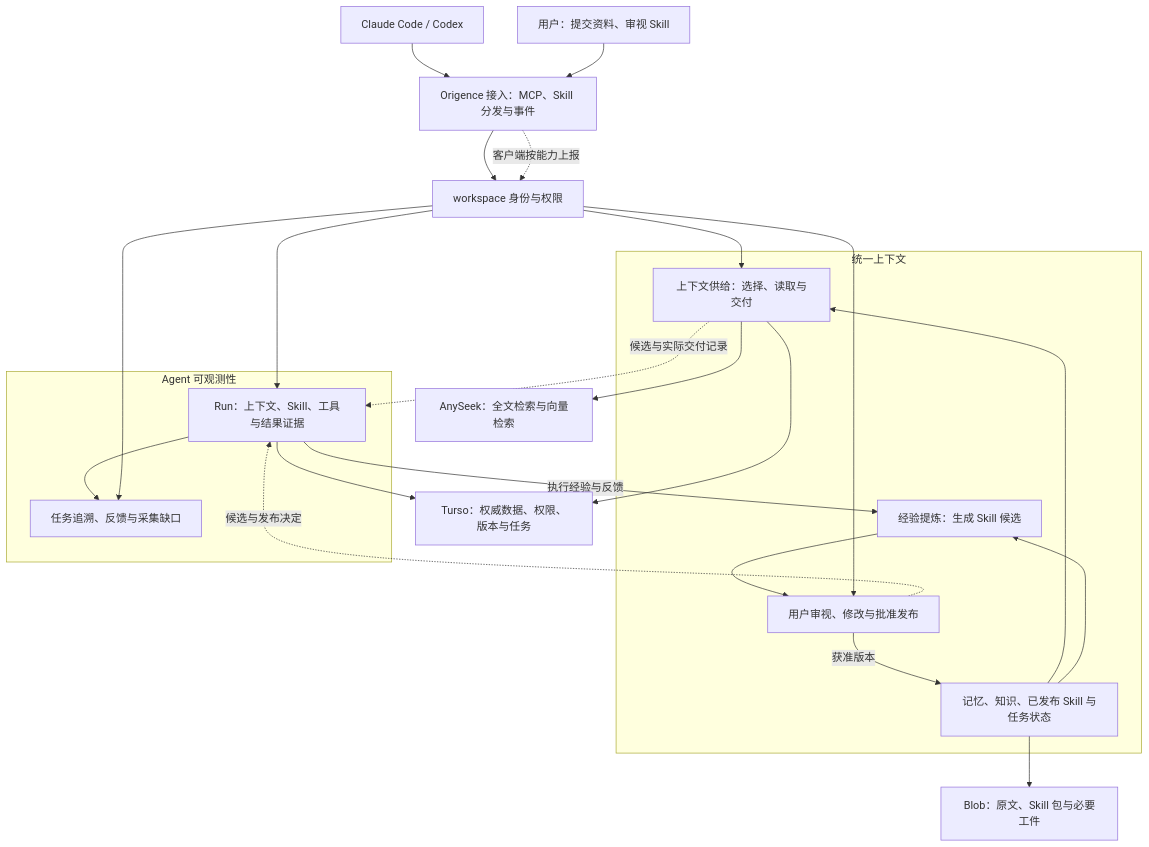
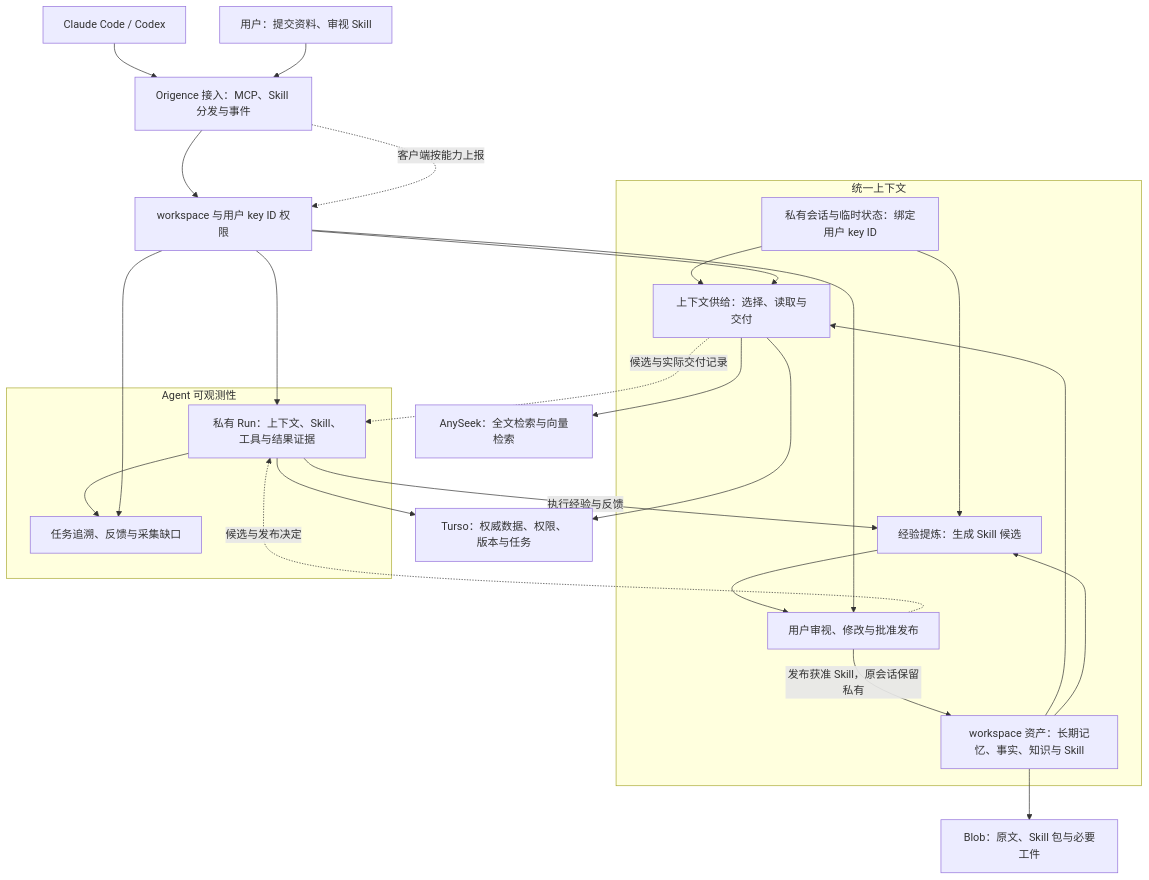
One commit to TheLudlows/Origence changed the first of 2 diagrams in docs/superpowers/specs/2026-11-16-agent-data-foundation-architecture.md. Above: the diagram before and after it, drawn with Mermaid. The commit also changed other lines of this file and 6 other files, not shown here.

Commit message:
docs: define key-private sessions and workspace-owned durable context assets

````diff
--- a/docs/superpowers/specs/2026-11-16-agent-data-foundation-architecture.md
+++ b/docs/superpowers/specs/2026-11-16-agent-data-foundation-architecture.md
@@ -26,33 +28,36 @@
 ```mermaid
 flowchart TB
     CLIENT[Claude Code / Codex] --> ACCESS[Origence 接入：MCP、Skill 分发与事件]
     USER[用户：提交资料、审视 Skill] --> ACCESS
-    ACCESS --> AUTH[workspace 身份与权限]
+    ACCESS --> AUTH[workspace 与用户 key ID 权限]
     subgraph CONTEXT[统一上下文]
-        ASSET[记忆、知识、已发布 Skill 与任务状态]
+        PRIVATE[私有会话与临时状态：绑定用户 key ID]
+        ASSET[workspace 资产：长期记忆、事实、知识与 Skill]
         SERVE[上下文供给：选择、读取与交付]
         LEARN[经验提炼：生成 Skill 候选]
         REVIEW[用户审视、修改与批准发布]
         ASSET --> SERVE
         ASSET --> LEARN
+        PRIVATE --> SERVE
+        PRIVATE --> LEARN
         LEARN --> REVIEW
-        REVIEW -->|获准版本| ASSET
+        REVIEW -->|发布获准 Skill，原会话保留私有| ASSET
     end
     AUTH --> SERVE
     AUTH --> REVIEW
     SERVE --> SEARCH[AnySeek：全文检索与向量检索]
     SERVE --> STORE[Turso：权威数据、权限、版本与任务]
     ASSET --> BLOB[Blob：原文、Skill 包与必要工件]
     subgraph OBS[Agent 可观测性]
-        RUN[Run：上下文、Skill、工具与结果证据]
+        RUN[私有 Run：上下文、Skill、工具与结果证据]
         VIEW[任务追溯、反馈与采集缺口]
         RUN --> VIEW
     end
     AUTH --> RUN
     AUTH --> VIEW
     SERVE -. 候选与实际交付记录 .-> RUN
     REVIEW -. 候选与发布决定 .-> RUN
     ACCESS -. 客户端按能力上报 .-> AUTH
     RUN -->|执行经验与反馈| LEARN
     RUN --> STORE
 ```
````
